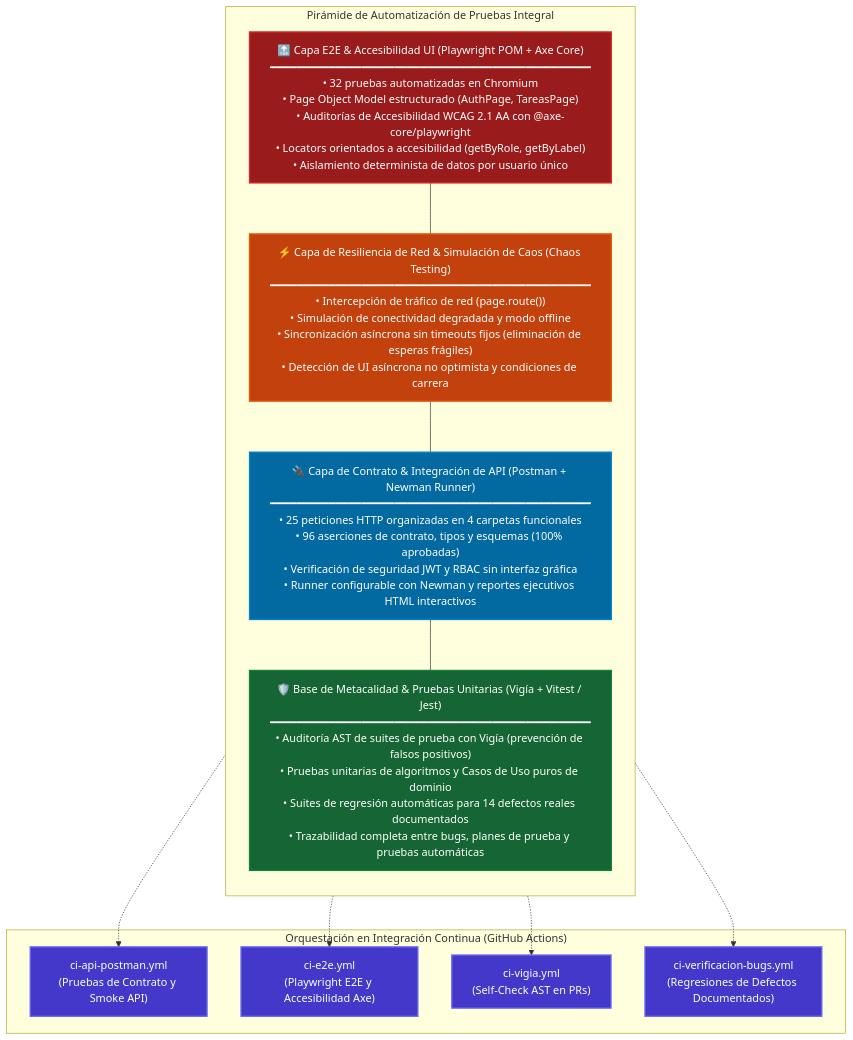
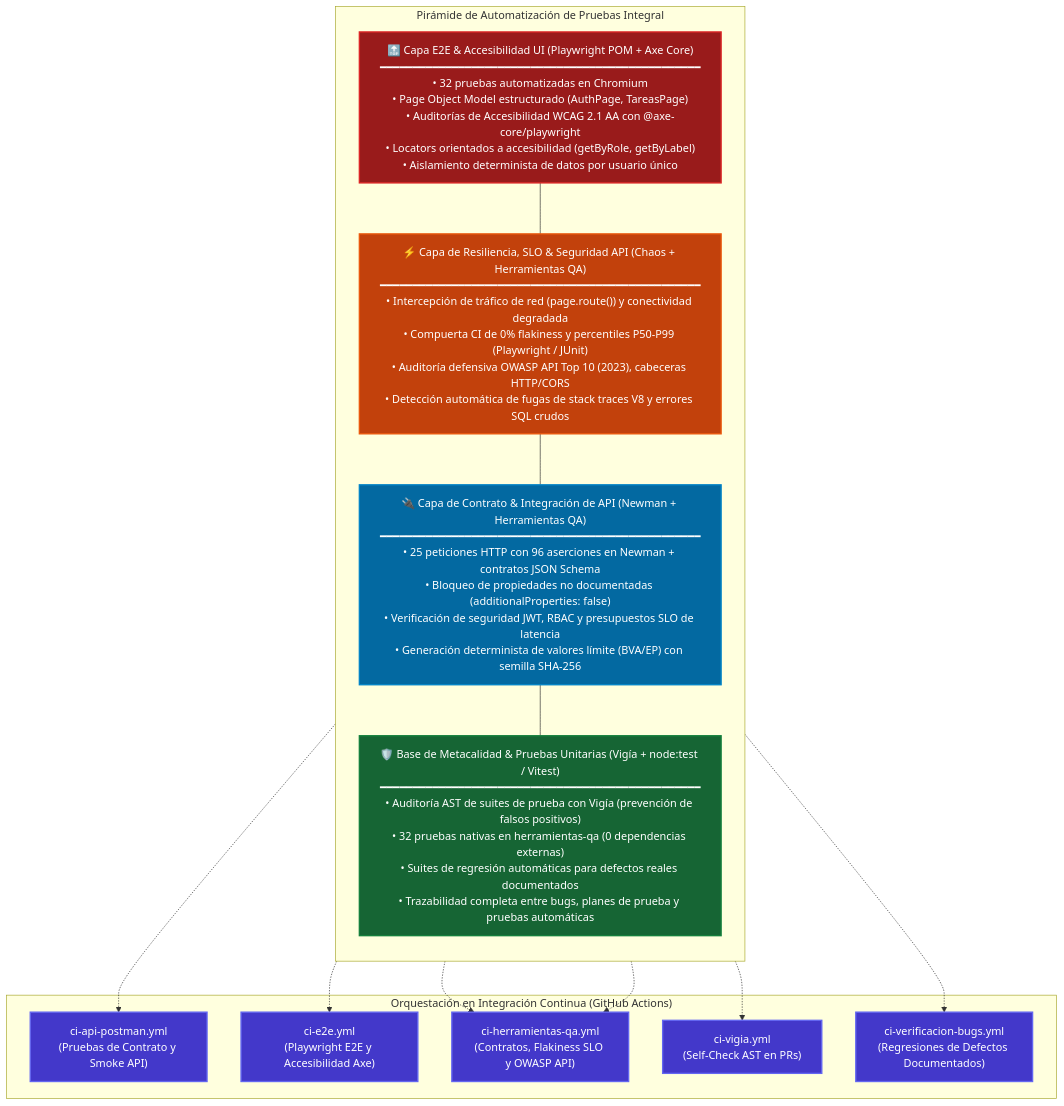
The fifth of 5 diagrams in docs/arquitectura/README.md (Eduardomr1/proyectos-de-qa), drawn with Mermaid before and after one commit. The commit also changed other lines of this file and 2 other files, not shown here.

Commit message:
docs(qa): documentar herramientas-qa en matriz de trazabilidad, ADRs y README principal

````diff
--- a/docs/arquitectura/README.md
+++ b/docs/arquitectura/README.md
@@ -304,42 +305,45 @@
 ```mermaid
 flowchart TD
     subgraph Pyramid["Pirámide de Automatización de Pruebas Integral"]
         direction TB
 
         L4["🔝 Capa E2E & Accesibilidad UI (Playwright POM + Axe Core)<br/>━━━━━━━━━━━━━━━━━━━━━━━━━━━━━━━━━━━━━━━━━━━━━━━━━<br/>• 32 pruebas automatizadas en Chromium<br/>• Page Object Model estructurado (AuthPage, TareasPage)<br/>• Auditorías de Accesibilidad WCAG 2.1 AA con @axe-core/playwright<br/>• Locators orientados a accesibilidad (getByRole, getByLabel)<br/>• Aislamiento determinista de datos por usuario único"]
 
-        L3["⚡ Capa de Resiliencia de Red & Simulación de Caos (Chaos Testing)<br/>━━━━━━━━━━━━━━━━━━━━━━━━━━━━━━━━━━━━━━━━━━━━━━━━━<br/>• Intercepción de tráfico de red (page.route())<br/>• Simulación de conectividad degradada y modo offline<br/>• Sincronización asíncrona sin timeouts fijos (eliminación de esperas frágiles)<br/>• Detección de UI asíncrona no optimista y condiciones de carrera"]
+        L3["⚡ Capa de Resiliencia, SLO & Seguridad API (Chaos + Herramientas QA)<br/>━━━━━━━━━━━━━━━━━━━━━━━━━━━━━━━━━━━━━━━━━━━━━━━━━<br/>• Intercepción de tráfico de red (page.route()) y conectividad degradada<br/>• Compuerta CI de 0% flakiness y percentiles P50-P99 (Playwright / JUnit)<br/>• Auditoría defensiva OWASP API Top 10 (2023), cabeceras HTTP/CORS<br/>• Detección automática de fugas de stack traces V8 y errores SQL crudos"]
 
-        L2["🔌 Capa de Contrato & Integración de API (Postman + Newman Runner)<br/>━━━━━━━━━━━━━━━━━━━━━━━━━━━━━━━━━━━━━━━━━━━━━━━━━<br/>• 25 peticiones HTTP organizadas en 4 carpetas funcionales<br/>• 96 aserciones de contrato, tipos y esquemas (100% aprobadas)<br/>• Verificación de seguridad JWT y RBAC sin interfaz gráfica<br/>• Runner configurable con Newman y reportes ejecutivos HTML interactivos"]
+        L2["🔌 Capa de Contrato & Integración de API (Newman + Herramientas QA)<br/>━━━━━━━━━━━━━━━━━━━━━━━━━━━━━━━━━━━━━━━━━━━━━━━━━<br/>• 25 peticiones HTTP con 96 aserciones en Newman + contratos JSON Schema<br/>• Bloqueo de propiedades no documentadas (additionalProperties: false)<br/>• Verificación de seguridad JWT, RBAC y presupuestos SLO de latencia<br/>• Generación determinista de valores límite (BVA/EP) con semilla SHA-256"]
 
-        L1["🛡️ Base de Metacalidad & Pruebas Unitarias (Vigía + Vitest / Jest)<br/>━━━━━━━━━━━━━━━━━━━━━━━━━━━━━━━━━━━━━━━━━━━━━━━━━<br/>• Auditoría AST de suites de prueba con Vigía (prevención de falsos positivos)<br/>• Pruebas unitarias de algoritmos y Casos de Uso puros de dominio<br/>• Suites de regresión automáticas para 14 defectos reales documentados<br/>• Trazabilidad completa entre bugs, planes de prueba y pruebas automáticas"]
+        L1["🛡️ Base de Metacalidad & Pruebas Unitarias (Vigía + node:test / Vitest)<br/>━━━━━━━━━━━━━━━━━━━━━━━━━━━━━━━━━━━━━━━━━━━━━━━━━<br/>• Auditoría AST de suites de prueba con Vigía (prevención de falsos positivos)<br/>• 32 pruebas nativas en herramientas-qa (0 dependencias externas)<br/>• Suites de regresión automáticas para defectos reales documentados<br/>• Trazabilidad completa entre bugs, planes de prueba y pruebas automáticas"]
 
         L4 --- L3
         L3 --- L2
         L2 --- L1
     end
 
     subgraph CI_Pipelines["Orquestación en Integración Continua (GitHub Actions)"]
         CI_API["ci-api-postman.yml<br/>(Pruebas de Contrato y Smoke API)"]
         CI_E2E["ci-e2e.yml<br/>(Playwright E2E y Accesibilidad Axe)"]
+        CI_QA["ci-herramientas-qa.yml<br/>(Contratos, Flakiness SLO y OWASP API)"]
         CI_Vigia["ci-vigia.yml<br/>(Self-Check AST en PRs)"]
         CI_Bugs["ci-verificacion-bugs.yml<br/>(Regresiones de Defectos Documentados)"]
     end
 
     L2 -.-> CI_API
     L4 -.-> CI_E2E
+    L3 -.-> CI_QA
+    L1 -.-> CI_QA
     L1 -.-> CI_Vigia
     L1 -.-> CI_Bugs
 
     classDef top fill:#991b1b,stroke:#dc2626,stroke-width:2px,color:#fff;
     classDef midHigh fill:#c2410c,stroke:#ea580c,stroke-width:2px,color:#fff;
     classDef mid fill:#0369a1,stroke:#0284c7,stroke-width:2px,color:#fff;
     classDef base fill:#166534,stroke:#15803d,stroke-width:2px,color:#fff;
     classDef ci fill:#4338ca,stroke:#6366f1,stroke-width:2px,color:#fff;
 
     class L4 top;
     class L3 midHigh;
     class L2 mid;
     class L1 base;
-    class CI_API,CI_E2E,CI_Vigia,CI_Bugs ci;
+    class CI_API,CI_E2E,CI_QA,CI_Vigia,CI_Bugs ci;
 ```
````
